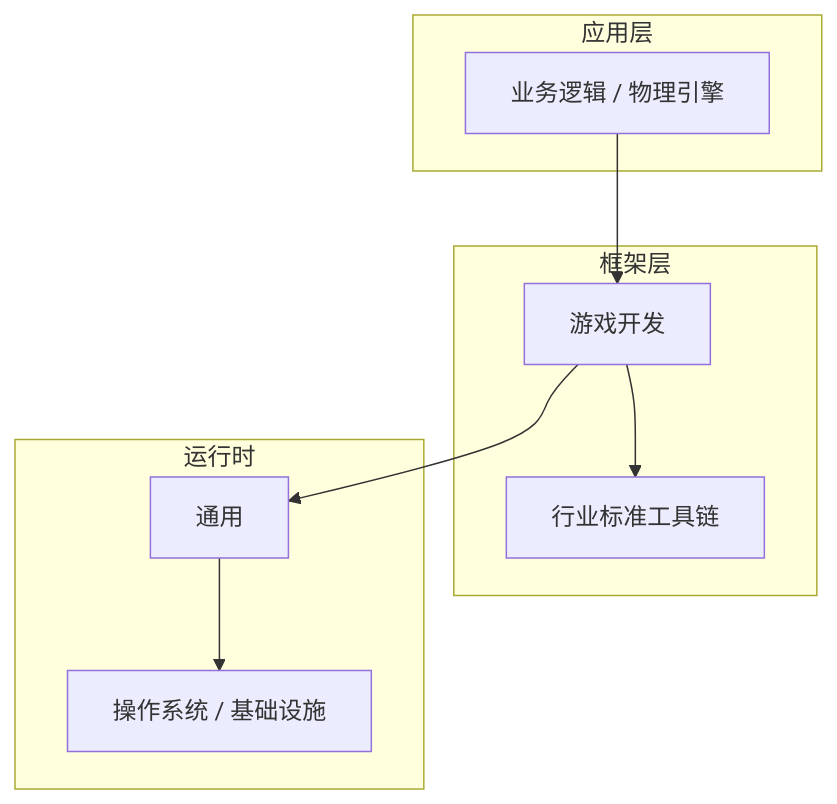
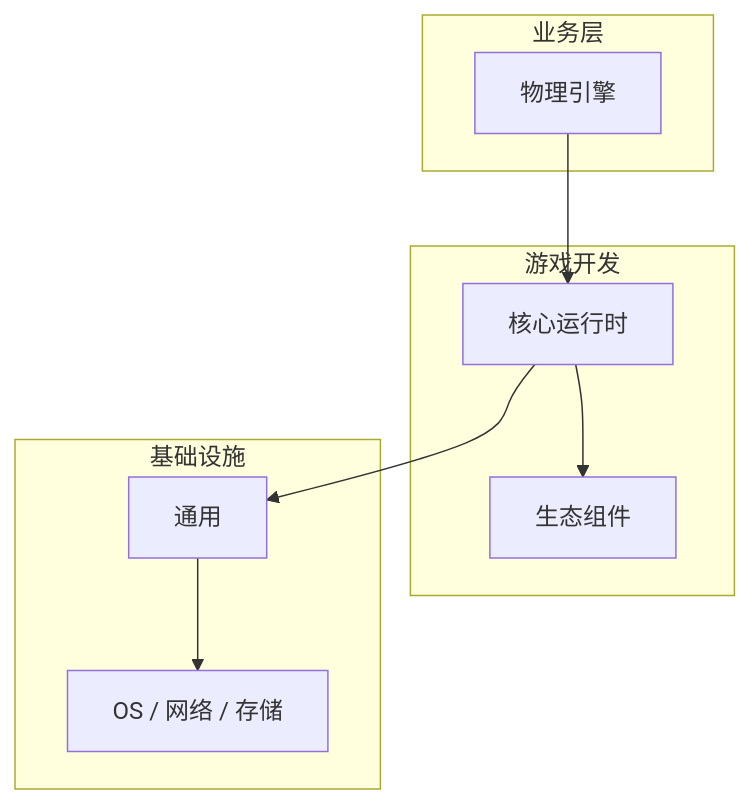
The diagram in articles/游戏开发/chapters/037-物理引擎核心概念与原理.md (yanggan2015/knowledge-json-v2), drawn with Mermaid before and after one commit. The commit also changed other lines of this file and 10127 other files, not shown here.

````diff
--- a/articles/游戏开发/chapters/037-物理引擎核心概念与原理.md
+++ b/articles/游戏开发/chapters/037-物理引擎核心概念与原理.md
@@ -45,18 +30,18 @@
 ```mermaid
 graph TB
-    subgraph 应用层
-        A[业务逻辑 / 物理引擎]
+    subgraph 业务层
+        A[物理引擎]
     end
-    subgraph 框架层
-        B[游戏开发]
-        C[行业标准工具链]
+    subgraph 游戏开发
+        B[核心运行时]
+        C[生态组件]
     end
-    subgraph 运行时
+    subgraph 基础设施
         D[通用]
-        E[操作系统 / 基础设施]
+        E[OS / 网络 / 存储]
     end
     A --> B
     B --> C
     B --> D
     D --> E
 ```
````
